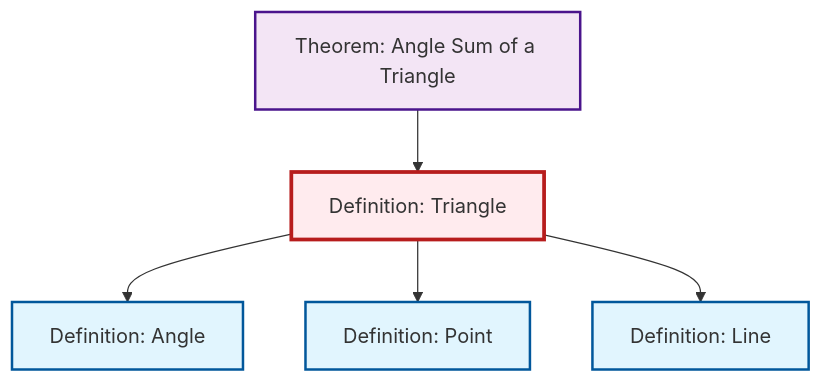
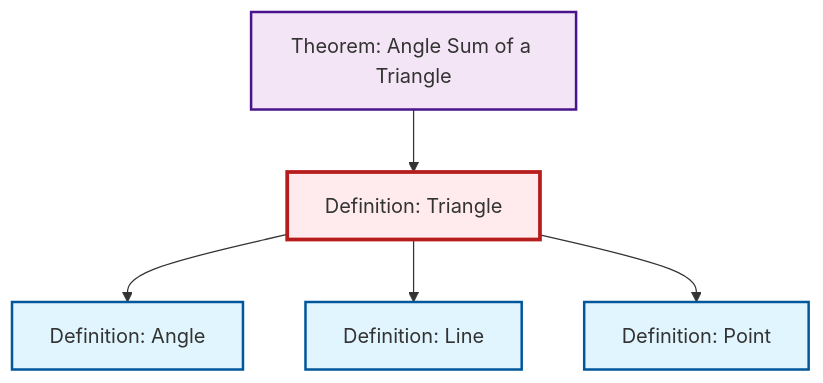
One commit to RK0429/ModernMath changed the diagram in content/en/geometry/def-triangle.qmd. Above: the diagram before and after it, drawn with Mermaid. The commit also changed other lines of this file and 531 other files, not shown here.

````diff
--- a/content/en/geometry/def-triangle.qmd
+++ b/content/en/geometry/def-triangle.qmd
@@ -59,23 +59,23 @@
 ```{mermaid}
 %%| fig-cap: "Local dependency graph"
 graph TD
     classDef definition fill:#e1f5fe,stroke:#01579b,stroke-width:2px
     classDef theorem fill:#f3e5f5,stroke:#4a148c,stroke-width:2px
     classDef axiom fill:#fff3e0,stroke:#e65100,stroke-width:2px
     classDef example fill:#e8f5e9,stroke:#1b5e20,stroke-width:2px
     classDef current fill:#ffebee,stroke:#b71c1c,stroke-width:3px
+    def-line["Definition: Line"]:::definition
+    def-angle["Definition: Angle"]:::definition
     thm-angle-sum-triangle["Theorem: Angle Sum of a Triangle"]:::theorem
-    def-angle["Definition: Angle"]:::definition
     def-point["Definition: Point"]:::definition
-    def-line["Definition: Line"]:::definition
     def-triangle["Definition: Triangle"]:::definition
     thm-angle-sum-triangle --> def-triangle
     def-triangle --> def-angle
+    def-triangle --> def-line
     def-triangle --> def-point
-    def-triangle --> def-line
     class def-triangle current
+    click def-line "def-line.html" "Go to Line definition"
+    click def-angle "def-angle.html" "Go to Angle definition"
     click thm-angle-sum-triangle "thm-angle-sum-triangle.html" "Go to Angle Sum of a Triangle theorem"
-    click def-angle "def-angle.html" "Go to Angle definition"
     click def-point "def-point.html" "Go to Point definition"
-    click def-line "def-line.html" "Go to Line definition"
 ```
````
